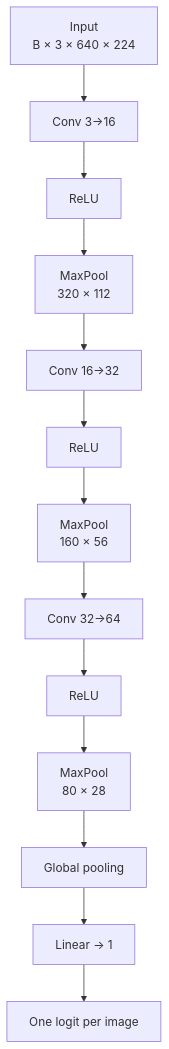
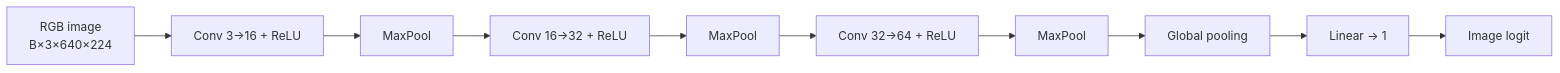
The first of 9 diagrams in docs/learning/deep-learning/architectures/README.md (santiagoAvellaR/industrial-defect-vision), drawn with Mermaid before and after one commit. The commit also changed other lines of this file, not shown here.

Commit message:
docs(learning): expand architecture atlas through DeepLabV3

````diff
--- a/docs/learning/deep-learning/architectures/README.md
+++ b/docs/learning/deep-learning/architectures/README.md
@@ -51,18 +46,12 @@
 ```mermaid
-flowchart TD
-    A[Input<br/>B × 3 × 640 × 224]
-    B[Conv 3→16]
-    C[ReLU]
-    D[MaxPool<br/>320 × 112]
-    E[Conv 16→32]
-    F[ReLU]
-    G[MaxPool<br/>160 × 56]
-    H[Conv 32→64]
-    I[ReLU]
-    J[MaxPool<br/>80 × 28]
-    K[Global pooling]
-    L[Linear → 1]
-    M[One logit per image]
-
-    A --> B --> C --> D --> E --> F --> G --> H --> I --> J --> K --> L --> M
+flowchart LR
+    A[RGB image<br/>B×3×640×224] --> B[Conv 3→16 + ReLU]
+    B --> C[MaxPool]
+    C --> D[Conv 16→32 + ReLU]
+    D --> E[MaxPool]
+    E --> F[Conv 32→64 + ReLU]
+    F --> G[MaxPool]
+    G --> H[Global pooling]
+    H --> I[Linear → 1]
+    I --> J[Image logit]
 ```
````
